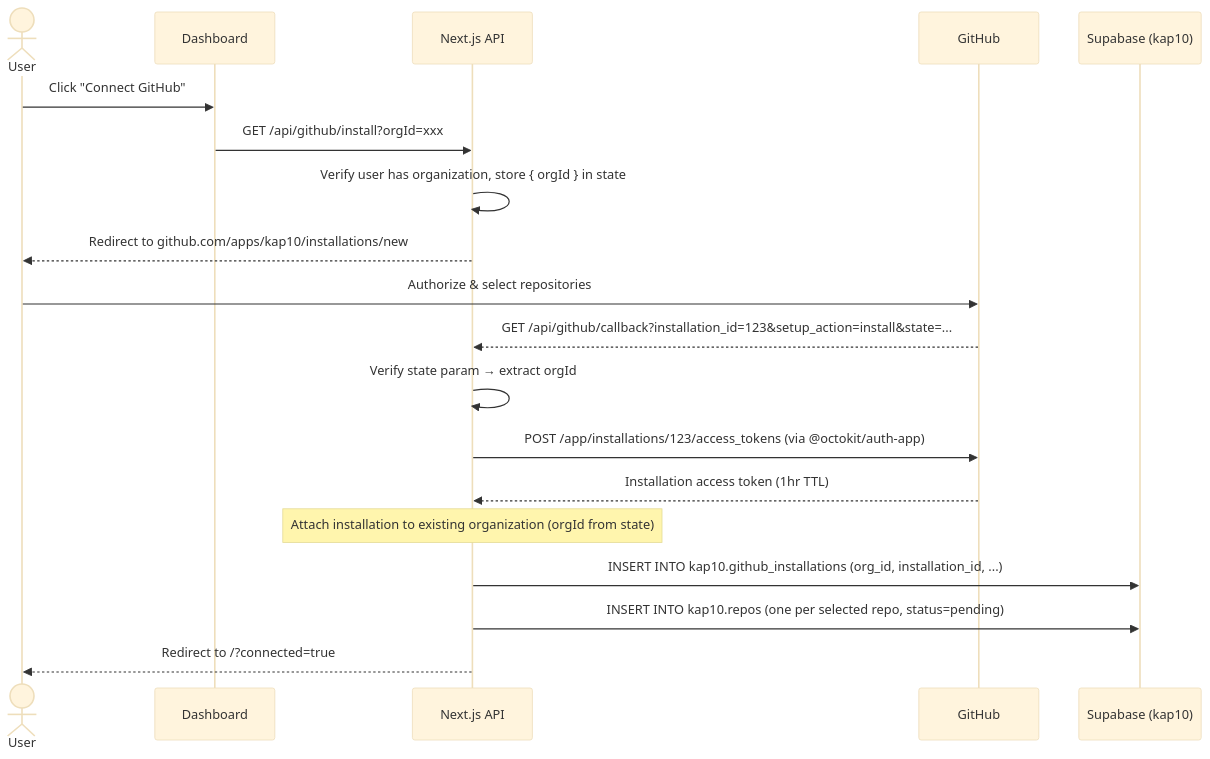
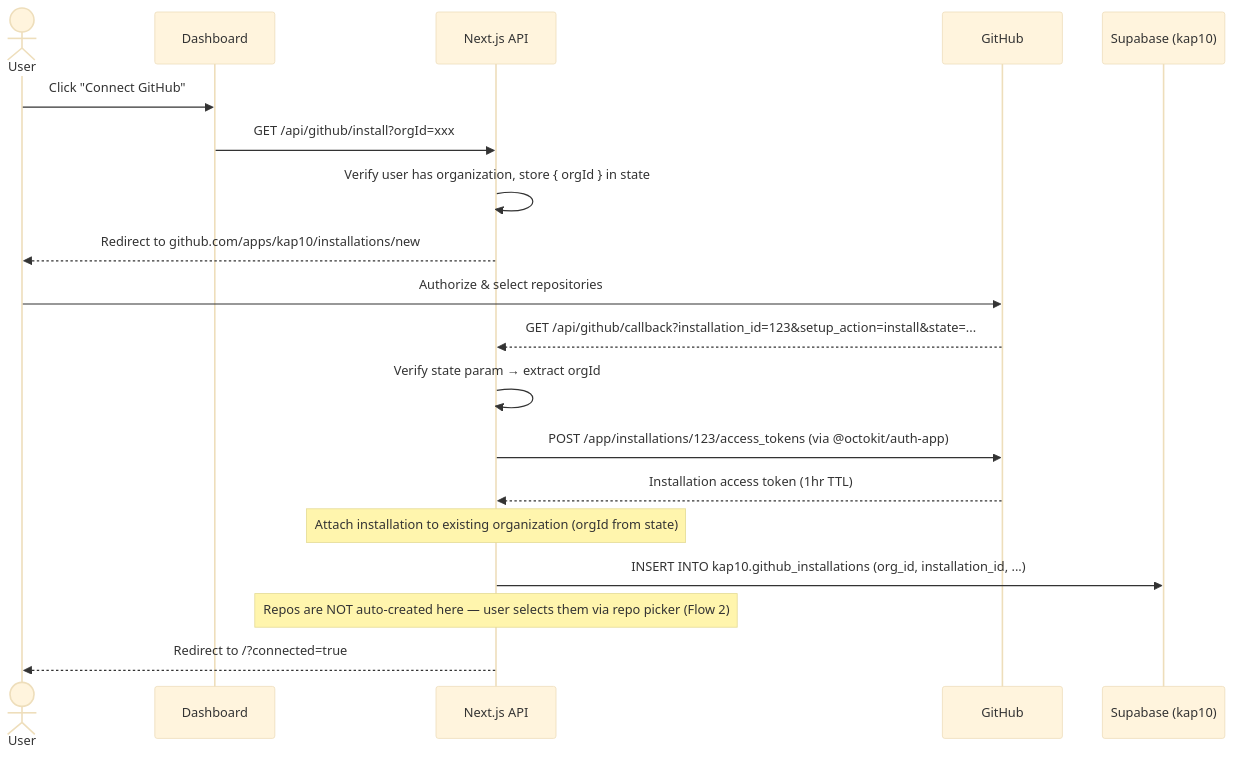
Before and after one commit to AutoRail-AI/kap10-server: the first of 5 diagrams in docs/architecture/PHASE_1_GITHUB_CONNECT_AND_INDEXING.md, drawn with Mermaid (base theme). The commit also changed other lines of this file and 25 other files, not shown here.

````diff
--- a/docs/architecture/PHASE_1_GITHUB_CONNECT_AND_INDEXING.md
+++ b/docs/architecture/PHASE_1_GITHUB_CONNECT_AND_INDEXING.md
@@ -69,22 +93,22 @@
 ```mermaid
 sequenceDiagram
     actor User
     participant Dashboard
     participant NextAPI as Next.js API
     participant GitHub
     participant Supabase as Supabase (kap10)
 
     User->>Dashboard: Click "Connect GitHub"
     Dashboard->>NextAPI: GET /api/github/install?orgId=xxx
     NextAPI->>NextAPI: Verify user has organization, store { orgId } in state
     NextAPI-->>User: Redirect to github.com/apps/kap10/installations/new
     User->>GitHub: Authorize & select repositories
     GitHub-->>NextAPI: GET /api/github/callback?installation_id=123&setup_action=install&state=...
     NextAPI->>NextAPI: Verify state param → extract orgId
     NextAPI->>GitHub: POST /app/installations/123/access_tokens (via @octokit/auth-app)
     GitHub-->>NextAPI: Installation access token (1hr TTL)
     Note over NextAPI: Attach installation to existing organization (orgId from state)
     NextAPI->>Supabase: INSERT INTO kap10.github_installations (org_id, installation_id, ...)
-    NextAPI->>Supabase: INSERT INTO kap10.repos (one per selected repo, status=pending)
+    Note over NextAPI: Repos are NOT auto-created here — user selects them via repo picker (Flow 2)
     NextAPI-->>User: Redirect to /?connected=true
 ```
````
